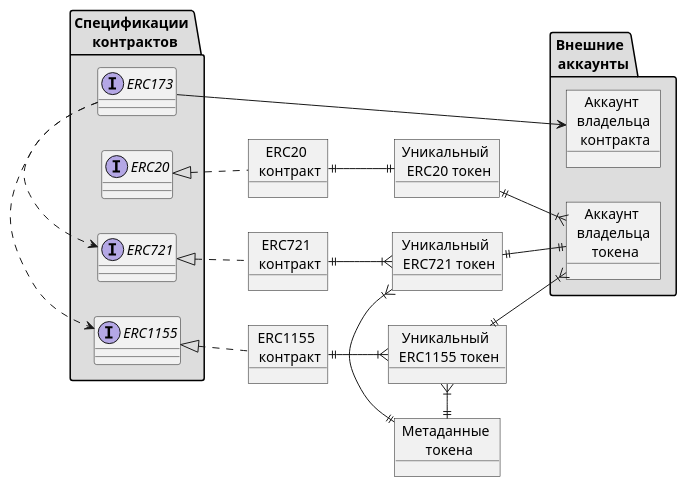
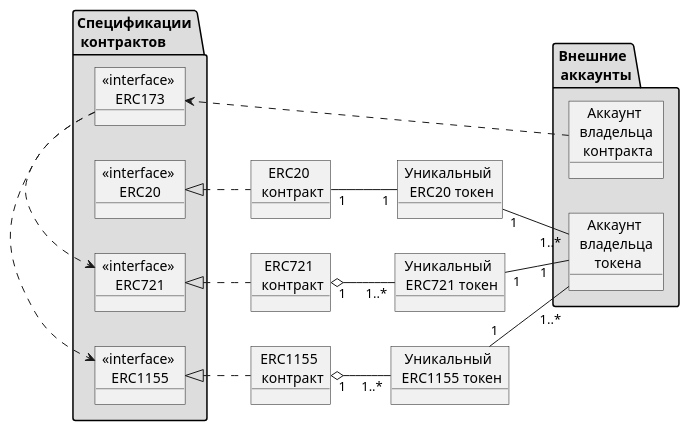
The diagram in diagrams/spec-relation.puml (1frag/nft-factory-v1), drawn with PlantUML before and after one commit. The commit also changed 3 other files, not shown here.

Commit message:
Add diagrams

```diff
--- a/diagrams/spec-relation.puml
+++ b/diagrams/spec-relation.puml
@@ -1,49 +1,44 @@
 @startuml
 left to right direction
 
 object "ERC20 \n контракт" as erc20_c
 object "ERC721 \n контракт" as erc721_c
 object "ERC1155 \n контракт" as erc1155_c
 
 object "Уникальный \n ERC20 токен" as token_20
 object "Уникальный \n ERC721 токен" as token_721
 object "Уникальный \n ERC1155 токен" as token_1155
 
-object "Метаданные \n токена" as metadata
-
-package "Спецификации \n контрактов" as erc #DDDDDD {
-    interface "ERC20" as erc20
-    interface "ERC721" as erc721
-    interface "ERC1155" as erc1155
-    interface "ERC173" as erc173
+package "Спецификации \n контрактов        " as erc #DDDDDD {
+    object "«interface» \nERC20" as erc20
+    object "«interface» \nERC721" as erc721
+    object "«interface» \nERC1155" as erc1155
+    object "«interface» \nERC173" as erc173
     erc173 .> erc721
     erc173 .> erc1155
 }
 
 package "Внешние \n аккаунты" as wallet #DDDDDD {
     object "Аккаунт \n владельца \n токена" as token_owner
     object "Аккаунт \n владельца \n контракта" as contract_owner
 }
 
 erc20 <|.. erc20_c
 erc721 <|.. erc721_c
 erc1155 <|.. erc1155_c
 
-erc20_c ||--|| token_20
-erc721_c ||--|{ token_721
-erc1155_c ||--|{ token_1155
+erc20_c "1" -- "1" token_20
+erc721_c "1" o-- "1..*" token_721
+erc1155_c "1" o-- "1..*" token_1155
 
-token_20 ||--|{ token_owner
-token_721 ||--|| token_owner
-token_1155 ||--|{ token_owner
+token_20 "1" -- "1..*" token_owner
+token_721 "1" --- "1    " token_owner
+token_1155 "1" -- "\n    1..*" token_owner
 
-token_1155 }|-r-|| metadata
-token_721 }|-r-|| metadata
+token_20 -r[hidden]- token_721
+token_721 -r[hidden]- token_1155
+token_1155 -r[hidden]- token_20
 
-token_20 }|-r[hidden]-|| token_721
-token_721 }|-r[hidden]-|| token_1155
-token_1155 }|-r[hidden]-|| token_20
-
-erc173 -> contract_owner
+contract_owner .> erc173
 
 @enduml
```
